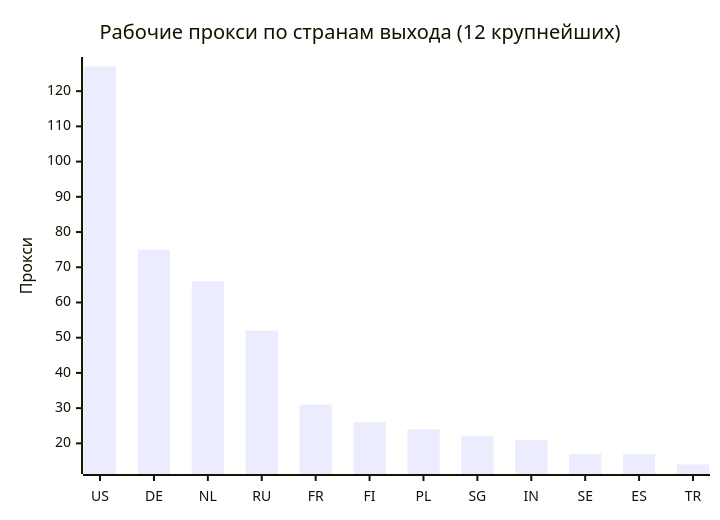
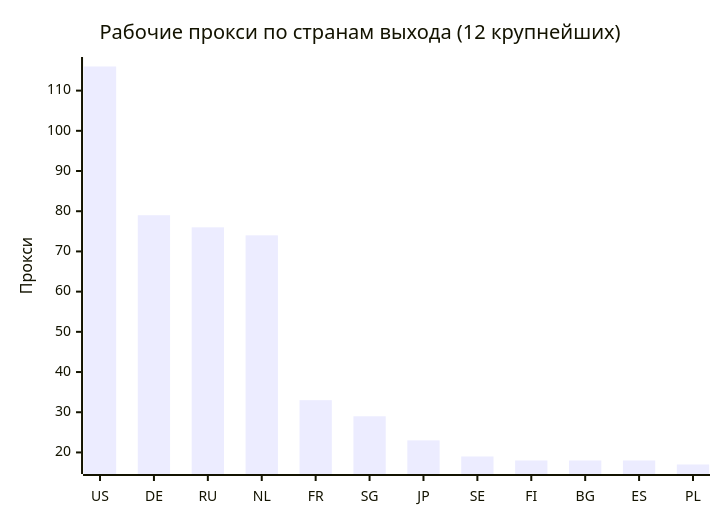
The second of 4 diagrams in README.md (rvvg/proxy-subs), drawn with Mermaid before and after one commit. The commit also changed other lines of this file and 51 other files, not shown here.

````diff
--- a/README.md
+++ b/README.md
@@ -133,7 +124,7 @@
 ```mermaid
 xychart-beta
     title "Рабочие прокси по странам выхода (12 крупнейших)"
-    x-axis ["US", "DE", "NL", "RU", "FR", "FI", "PL", "SG", "IN", "SE", "ES", "TR"]
+    x-axis ["US", "DE", "RU", "NL", "FR", "SG", "JP", "SE", "FI", "BG", "ES", "PL"]
     y-axis "Прокси"
-    bar [127, 75, 66, 52, 31, 26, 24, 22, 21, 17, 17, 14]
+    bar [116, 79, 76, 74, 33, 29, 23, 19, 18, 18, 18, 17]
 ```
````
